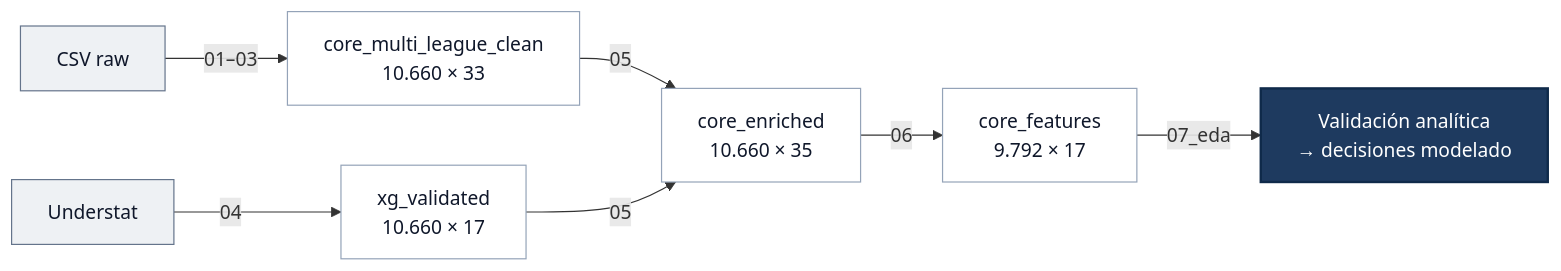
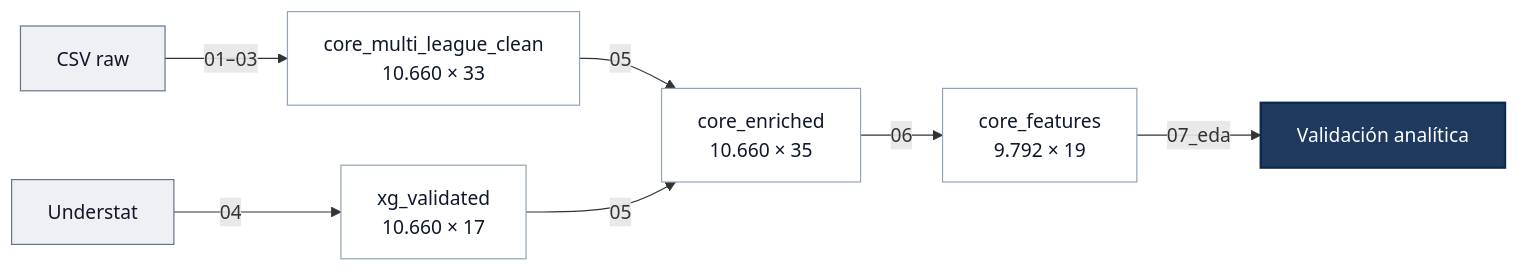
One commit to jorgepais02/PitchLens changed the diagram in docs/07_eda_analitico.md. Above: the diagram before and after it, drawn with Mermaid. The commit also changed other lines of this file and 9 other files, not shown here.

````diff
--- a/docs/07_eda_analitico.md
+++ b/docs/07_eda_analitico.md
@@ -21,17 +21,17 @@
 ```mermaid
 graph LR
     classDef src fill:#eef1f4,stroke:#64748b,color:#0f172a,stroke-width:1px
     classDef step fill:#ffffff,stroke:#94a3b8,color:#0f172a,stroke-width:1px
     classDef out fill:#2d6a4f,stroke:#1f4d39,color:#ffffff,stroke-width:1px
     classDef active fill:#1e3a5f,stroke:#0f2a4a,color:#ffffff,stroke-width:2px
 
     A[CSV raw] -->|01–03| D[core_multi_league_clean<br/>10.660 × 33]
     B[Understat] -->|04| F[xg_validated<br/>10.660 × 17]
     D & F -->|05| G[core_enriched<br/>10.660 × 35]
-    G -->|06| H[core_features<br/>9.792 × 17]
-    H -->|07_eda| I[Validación analítica<br/>→ decisiones modelado]
+    G -->|06| H[core_features<br/>9.792 × 19]
+    H -->|07_eda| I[Validación analítica]
 
     class A,B src
     class D,F,G,H step
     class I active
 ```
````
